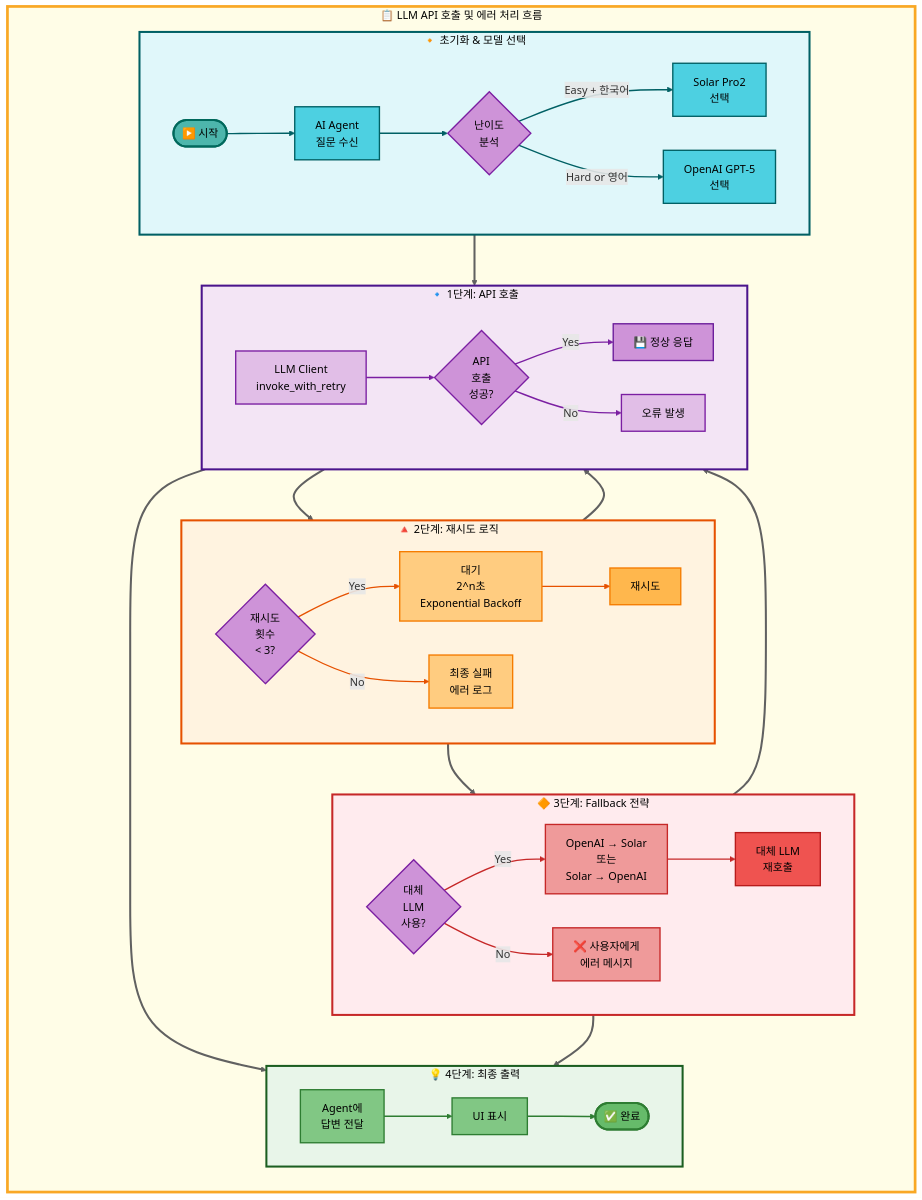
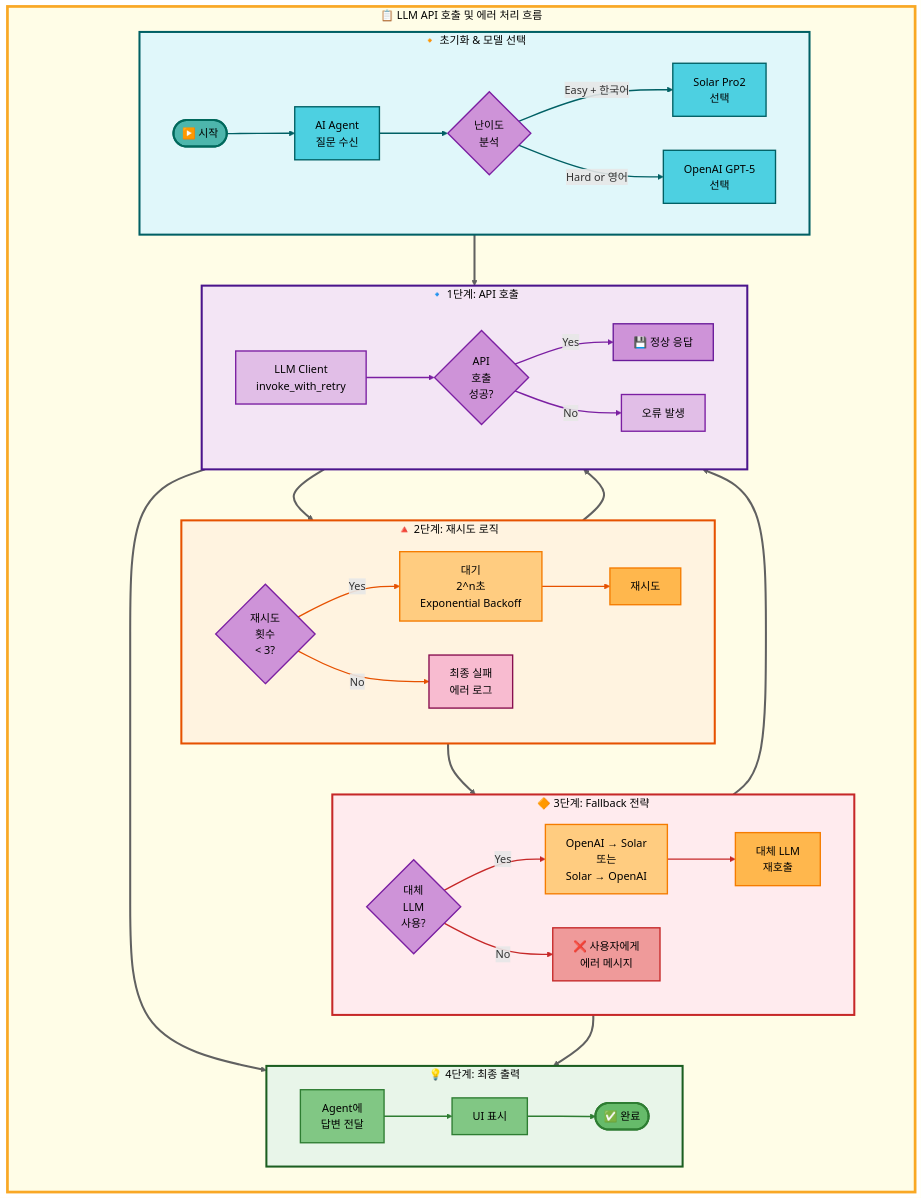
Before and after one commit to AIBootcamp14/langchainproject-new-langchainproject_5: the diagram in docs/architecture/mermaid/05_LLM_호출_아키텍처.md, drawn with Mermaid.

Commit message:
fix: LLM 호출 아키텍처 다이어그램 노드 색상 수정
- 2단계 K노드(최종 실패 에러 로그) 주황→핑크 색상 변경
- 3단계 N, P노드(대체 LLM 경로) 빨강→주황 색상 변경
- 이미지 원본 색상과 일치하도록 조정

```diff
--- a/docs/architecture/mermaid/05_LLM_호출_아키텍처.md
+++ b/docs/architecture/mermaid/05_LLM_호출_아키텍처.md
@@ -90,14 +90,14 @@
     %% 노드 스타일 (2단계 - 주황 계열)
     style I fill:#ce93d8,stroke:#7b1fa2,stroke-width:2px,color:#000
     style J fill:#ffcc80,stroke:#f57c00,stroke-width:2px,color:#000
-    style K fill:#ffcc80,stroke:#f57c00,stroke-width:2px,color:#000
+    style K fill:#f8bbd0,stroke:#880e4f,stroke-width:2px,color:#000
     style L fill:#ffb74d,stroke:#f57c00,stroke-width:2px,color:#000
 
-    %% 노드 스타일 (3단계 - 빨강 계열)
+    %% 노드 스타일 (3단계 - 주황/빨강 계열)
     style M fill:#ce93d8,stroke:#7b1fa2,stroke-width:2px,color:#000
-    style N fill:#ef9a9a,stroke:#c62828,stroke-width:2px,color:#000
+    style N fill:#ffcc80,stroke:#f57c00,stroke-width:2px,color:#000
     style O fill:#ef9a9a,stroke:#c62828,stroke-width:2px,color:#000
-    style P fill:#ef5350,stroke:#b71c1c,stroke-width:2px,color:#000
+    style P fill:#ffb74d,stroke:#f57c00,stroke-width:2px,color:#000
 
     %% 노드 스타일 (출력 - 녹색 계열)
     style Q fill:#81c784,stroke:#2e7d32,stroke-width:2px,color:#000
```
